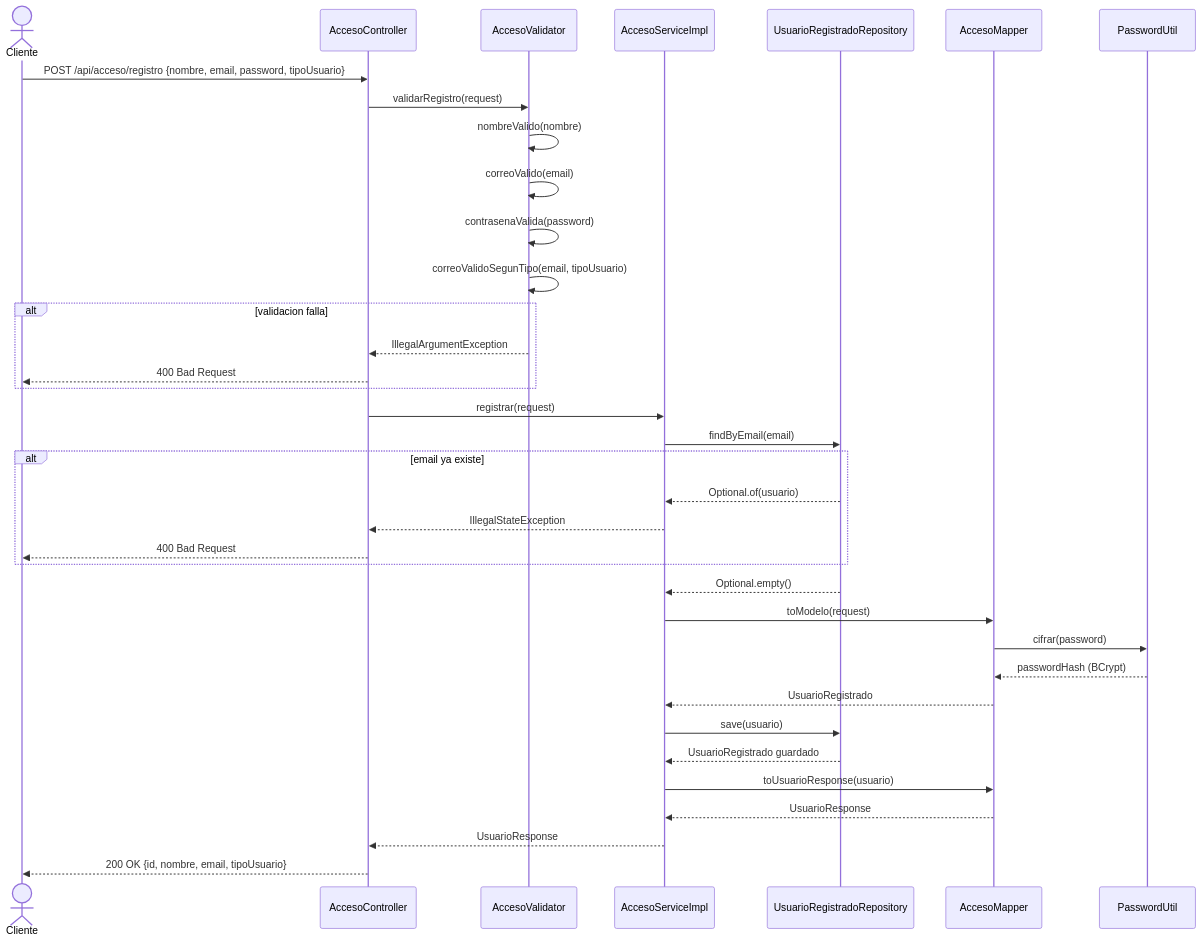
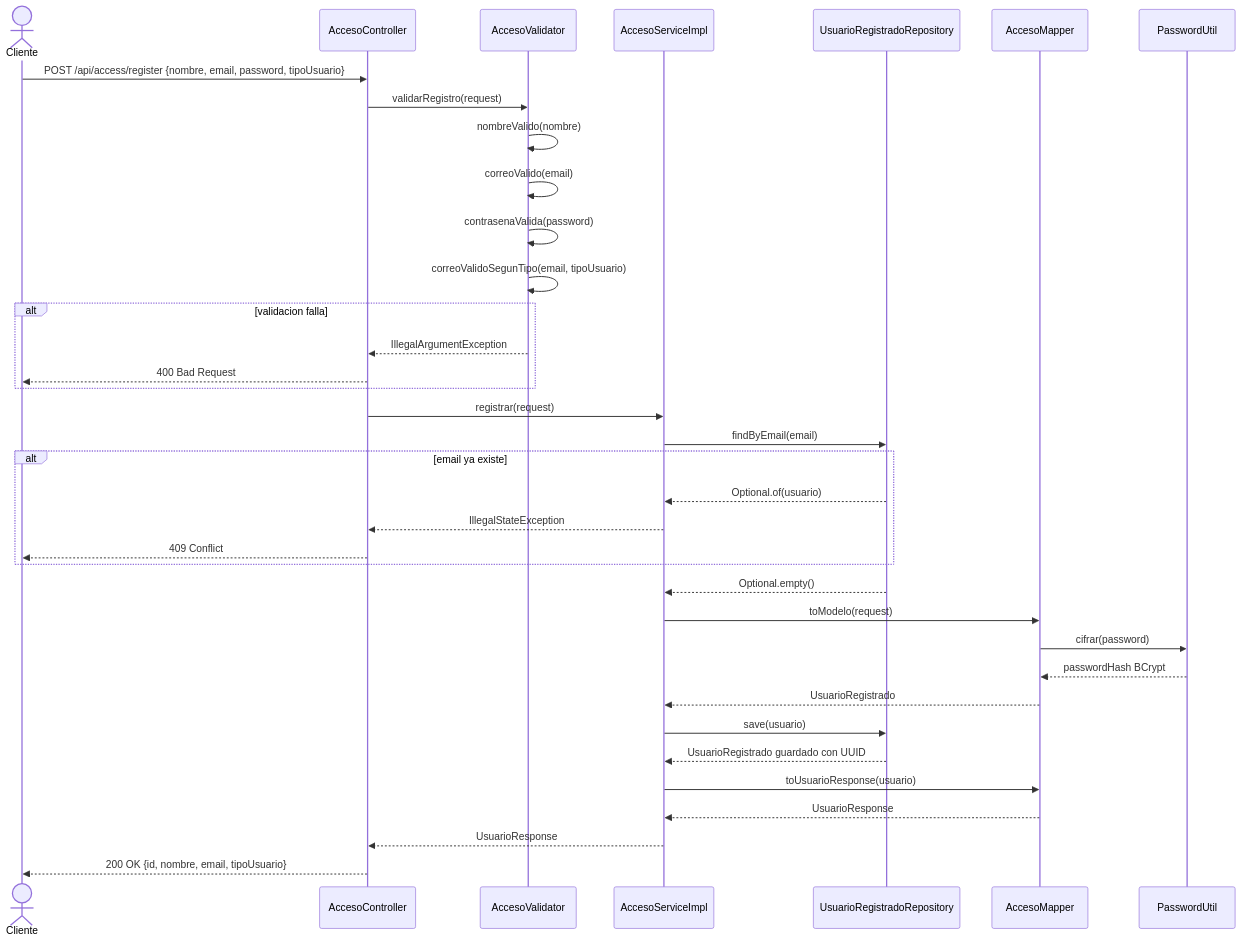
The diagram in docs/uml/diagramas-secuencia/01-registro-usuario.md (nglsz006/SFC_techcup-futbol), drawn with Mermaid before and after one commit. The commit also changed 22 other files, not shown here.

Commit message:
feat: UUID migration, OAuth2 fix, updated Mermaid diagrams and README Sprint 4

````diff
--- a/docs/uml/diagramas-secuencia/01-registro-usuario.md
+++ b/docs/uml/diagramas-secuencia/01-registro-usuario.md
@@ -3,39 +3,39 @@
 ```mermaid
 sequenceDiagram
     actor Cliente
     participant AccesoController
     participant AccesoValidator
     participant AccesoServiceImpl
     participant UsuarioRegistradoRepository
     participant AccesoMapper
     participant PasswordUtil
 
-    Cliente->>AccesoController: POST /api/acceso/registro {nombre, email, password, tipoUsuario}
+    Cliente->>AccesoController: POST /api/access/register {nombre, email, password, tipoUsuario}
     AccesoController->>AccesoValidator: validarRegistro(request)
     AccesoValidator->>AccesoValidator: nombreValido(nombre)
     AccesoValidator->>AccesoValidator: correoValido(email)
     AccesoValidator->>AccesoValidator: contrasenaValida(password)
     AccesoValidator->>AccesoValidator: correoValidoSegunTipo(email, tipoUsuario)
     alt validacion falla
         AccesoValidator-->>AccesoController: IllegalArgumentException
         AccesoController-->>Cliente: 400 Bad Request
     end
     AccesoController->>AccesoServiceImpl: registrar(request)
     AccesoServiceImpl->>UsuarioRegistradoRepository: findByEmail(email)
     alt email ya existe
         UsuarioRegistradoRepository-->>AccesoServiceImpl: Optional.of(usuario)
         AccesoServiceImpl-->>AccesoController: IllegalStateException
-        AccesoController-->>Cliente: 400 Bad Request
+        AccesoController-->>Cliente: 409 Conflict
     end
     UsuarioRegistradoRepository-->>AccesoServiceImpl: Optional.empty()
     AccesoServiceImpl->>AccesoMapper: toModelo(request)
     AccesoMapper->>PasswordUtil: cifrar(password)
-    PasswordUtil-->>AccesoMapper: passwordHash (BCrypt)
+    PasswordUtil-->>AccesoMapper: passwordHash BCrypt
     AccesoMapper-->>AccesoServiceImpl: UsuarioRegistrado
     AccesoServiceImpl->>UsuarioRegistradoRepository: save(usuario)
-    UsuarioRegistradoRepository-->>AccesoServiceImpl: UsuarioRegistrado guardado
+    UsuarioRegistradoRepository-->>AccesoServiceImpl: UsuarioRegistrado guardado con UUID
     AccesoServiceImpl->>AccesoMapper: toUsuarioResponse(usuario)
     AccesoMapper-->>AccesoServiceImpl: UsuarioResponse
     AccesoServiceImpl-->>AccesoController: UsuarioResponse
     AccesoController-->>Cliente: 200 OK {id, nombre, email, tipoUsuario}
 ```
````
